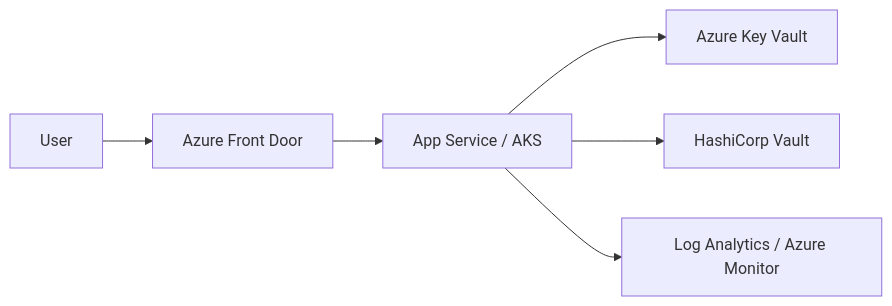
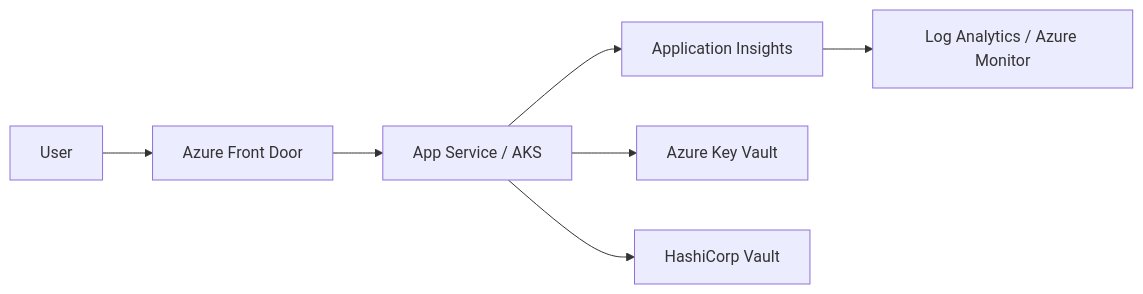
One commit to ssurukanti/azure-secure-devops-platform changed the diagram in README.md. Above: the diagram before and after it, drawn with Mermaid. The commit also changed other lines of this file and 36 other files, not shown here.

````diff
--- a/README.md
+++ b/README.md
@@ -9,8 +9,9 @@
 ```mermaid
 flowchart LR
     User --> FD[Azure Front Door]
     FD --> App[App Service / AKS]
+    App --> AI[Application Insights]
+    AI --> LA[Log Analytics / Azure Monitor]
     App --> KV[Azure Key Vault]
     App --> Vault[HashiCorp Vault]
-    App --> LA[Log Analytics / Azure Monitor]
 ```
````
